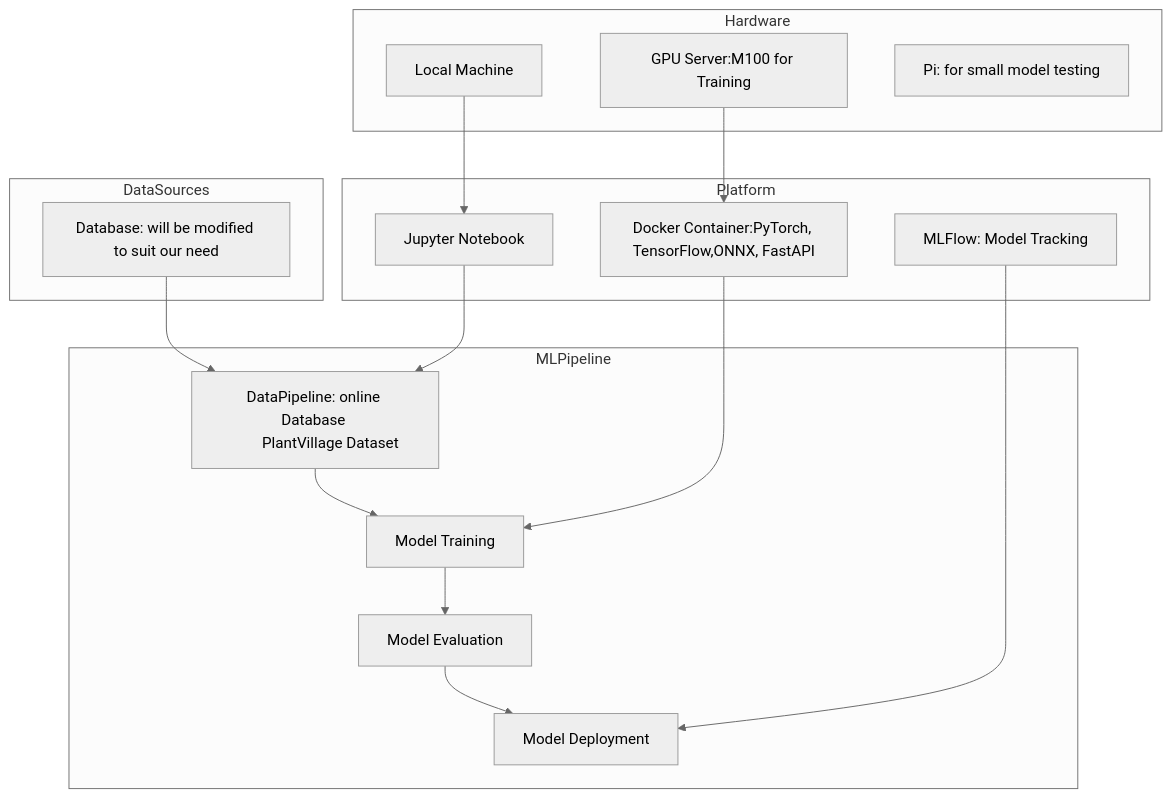
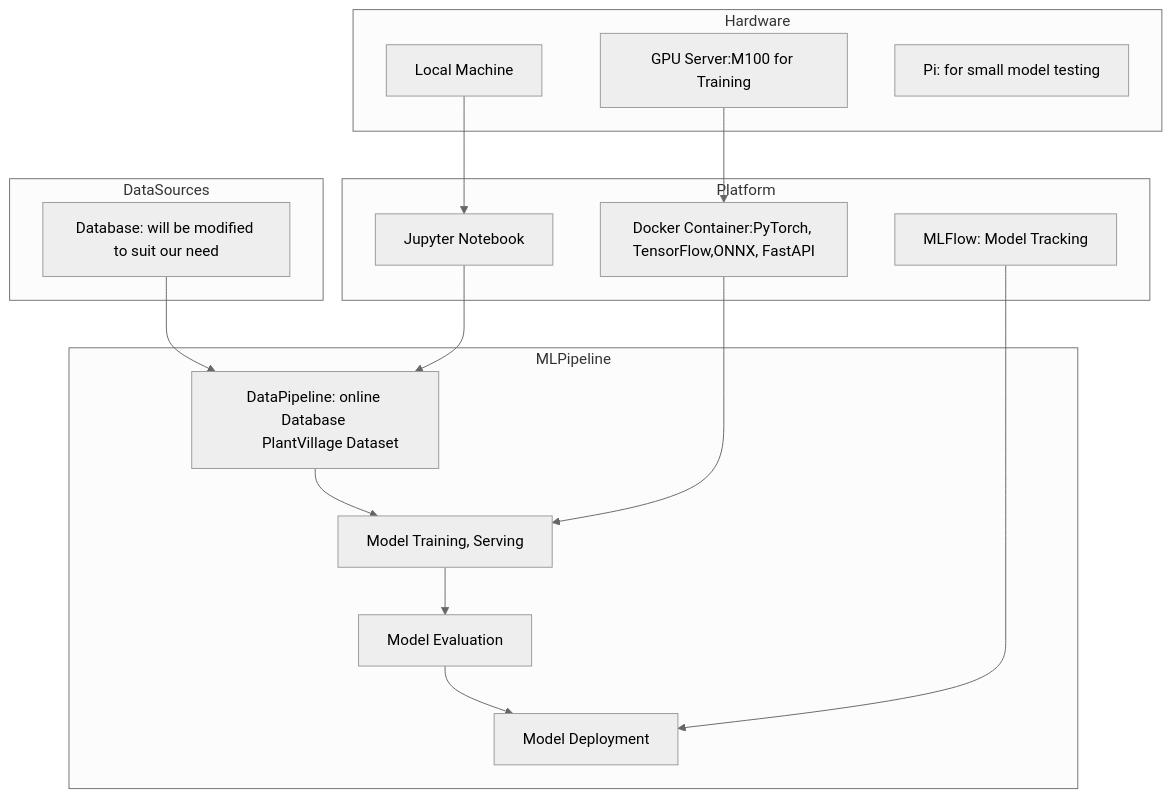
Before and after one commit to Ruibin2000/MLSystemProject_rc5018_jt4850_sj4025: the diagram in README.md, drawn with Mermaid (neutral theme).

````diff
--- a/README.md
+++ b/README.md
@@ -54,37 +54,37 @@
 ```mermaid
 graph TD
     subgraph Hardware
         A1[Local Machine]
         A2[GPU Server:M100 for Training]
         A3[Pi: for small model testing]
     end
 
     subgraph DataSources
         D1[Database: will be modified to suit our need]
     end
 
     subgraph Platform
         P1[Jupyter Notebook]
         P2[Docker Container:PyTorch, TensorFlow,ONNX, FastAPI]
         P3[MLFlow: Model Tracking]
     end
 
     subgraph MLPipeline
         M1[DataPipeline: online Database 
         PlantVillage Dataset]
-        M2[Model Training]
+        M2[Model Training, Serving]
         M3[Model Evaluation]
         M4[Model Deployment]
     end
 
     D1 --> M1
     M1 --> M2
     M2 --> M3
     M3 --> M4
 
     P1 --> M1
     P2 --> M2
     P3 --> M4
     A2 --> P2
     A1 --> P1
 ``` 
````
